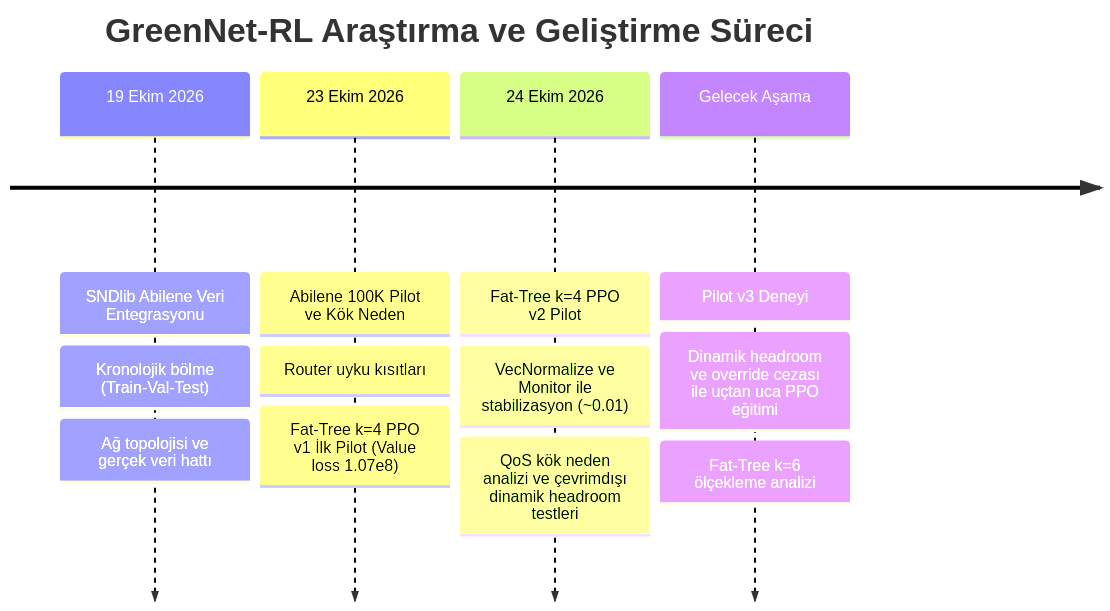
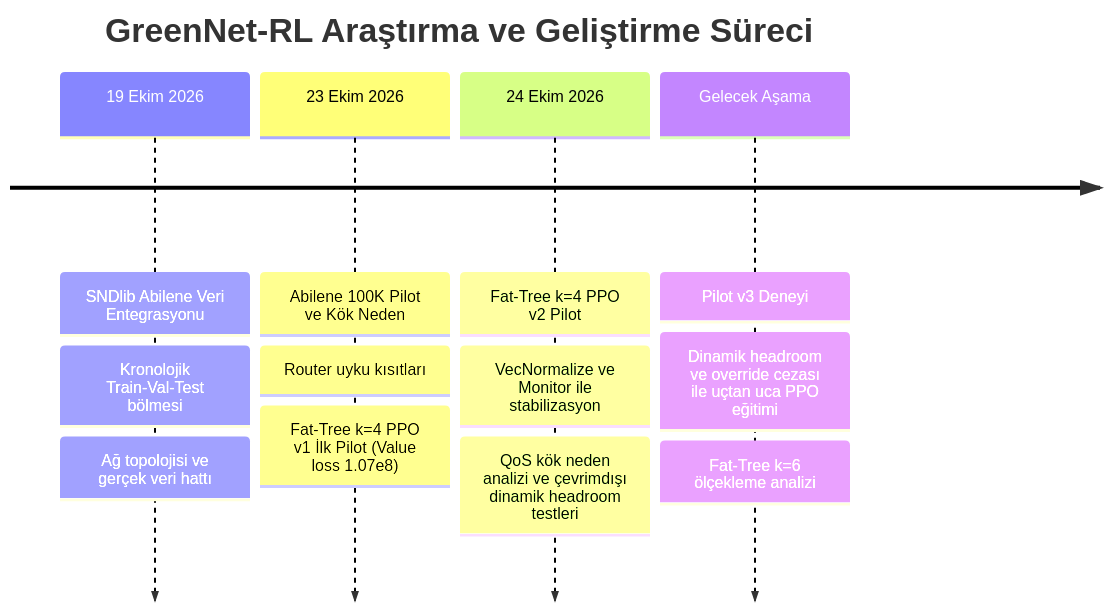
Before and after one commit to ozkn-sefa/GreenNet-RL: the second of 2 diagrams in README.md, drawn with Mermaid. The commit also changed other lines of this file, not shown here.

First line of the commit message:
docs: README Mermaid diyagramı ve LaTeX görüntüleme hataları düzeltildi

````diff
--- a/README.md
+++ b/README.md
@@ -293,8 +326,8 @@
 ```mermaid
 timeline
     title GreenNet-RL Araştırma ve Geliştirme Süreci
-    19 Ekim 2026 : SNDlib Abilene Veri Entegrasyonu : Kronolojik bölme (Train-Val-Test) : Ağ topolojisi ve gerçek veri hattı
+    19 Ekim 2026 : SNDlib Abilene Veri Entegrasyonu : Kronolojik Train-Val-Test bölmesi : Ağ topolojisi ve gerçek veri hattı
     23 Ekim 2026 : Abilene 100K Pilot ve Kök Neden : Router uyku kısıtları : Fat-Tree k=4 PPO v1 İlk Pilot (Value loss 1.07e8)
-    24 Ekim 2026 : Fat-Tree k=4 PPO v2 Pilot : VecNormalize ve Monitor ile stabilizasyon (~0.01) : QoS kök neden analizi ve çevrimdışı dinamik headroom testleri
+    24 Ekim 2026 : Fat-Tree k=4 PPO v2 Pilot : VecNormalize ve Monitor ile stabilizasyon : QoS kök neden analizi ve çevrimdışı dinamik headroom testleri
     Gelecek Aşama : Pilot v3 Deneyi : Dinamik headroom ve override cezası ile uçtan uca PPO eğitimi : Fat-Tree k=6 ölçekleme analizi
 ```
````
